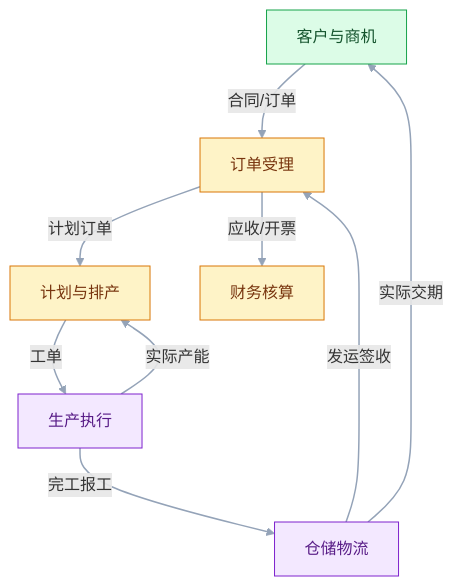
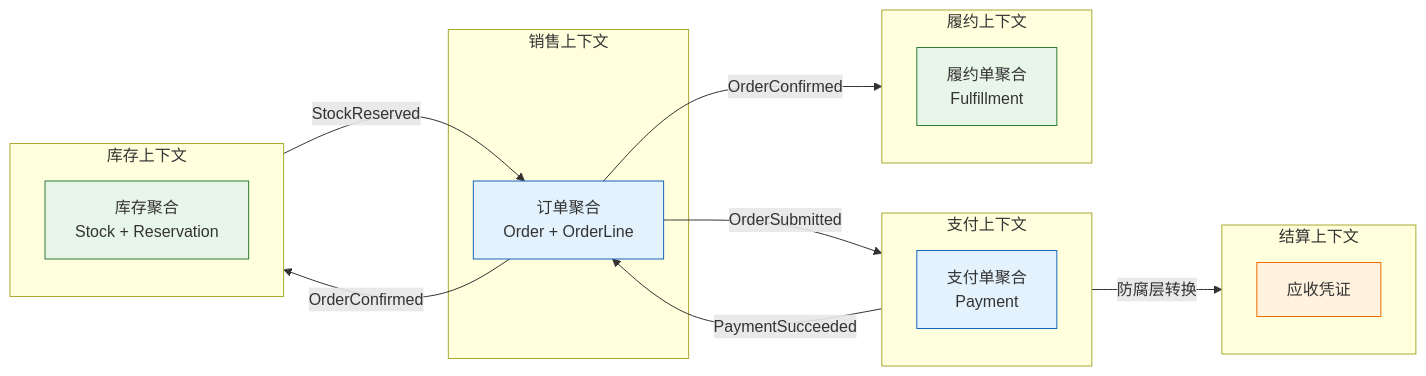
The second of 3 diagrams in blog/src/notes/03-架构/02-领域与边界/01-业务架构与领域建模.md (jimbosuper/studynotes), drawn with Mermaid before and after one commit. The commit also changed other lines of this file and 367 other files, not shown here.

````diff
--- a/blog/src/notes/03-架构/02-领域与边界/01-业务架构与领域建模.md
+++ b/blog/src/notes/03-架构/02-领域与边界/01-业务架构与领域建模.md
@@ -115,17 +340,30 @@
 ```mermaid
-flowchart TD
-    classDef client fill:#DBEAFE,stroke:#2563EB,color:#1E3A8A
-    classDef crm fill:#DCFCE7,stroke:#16A34A,color:#14532D
-    classDef erp fill:#FEF3C7,stroke:#D97706,color:#78350F
-    classDef exec fill:#F3E8FF,stroke:#7E22CE,color:#581C87
-
-    C["客户与商机"]:::crm -->|"合同/订单"| O["订单受理"]:::erp
-    O -->|"计划订单"| P["计划与排产"]:::erp
-    P -->|"工单"| M["生产执行"]:::exec
-    M -->|"完工报工"| W["仓储物流"]:::exec
-    W -->|"发运签收"| O
-    O -->|"应收/开票"| F["财务核算"]:::erp
-    W -->|"实际交期"| C
-    M -->|"实际产能"| P
-    linkStyle default stroke:#94A3B8,stroke-width:1.5px
+flowchart LR
+    subgraph S["销售上下文"]
+        O["订单聚合<br/>Order + OrderLine"]
+    end
+    subgraph P["支付上下文"]
+        PAY["支付单聚合<br/>Payment"]
+    end
+    subgraph I["库存上下文"]
+        INV["库存聚合<br/>Stock + Reservation"]
+    end
+    subgraph F["履约上下文"]
+        FUL["履约单聚合<br/>Fulfillment"]
+    end
+    subgraph B["结算上下文"]
+        BIL["应收凭证"]
+    end
+    O -->|"OrderSubmitted"| P
+    P -->|"PaymentSucceeded"| O
+    O -->|"OrderConfirmed"| I
+    I -->|"StockReserved"| O
+    O -->|"OrderConfirmed"| F
+    P -->|"防腐层转换"| B
+    classDef client fill:#e3f2fd,stroke:#1565c0;
+    classDef engine fill:#e8f5e9,stroke:#2e7d32;
+    classDef image fill:#fff3e0,stroke:#ef6c00;
+    class O,PAY client
+    class INV,FUL engine
+    class BIL image
 ```
````
